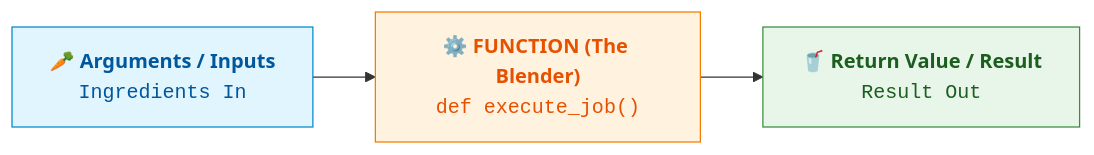
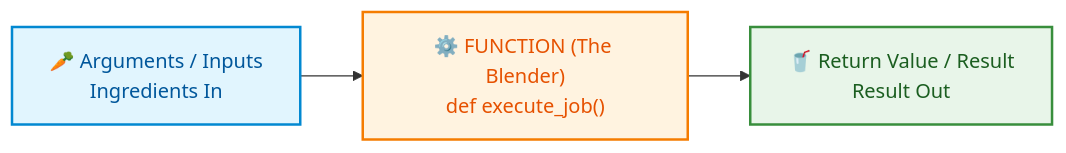
The first of 3 diagrams in notes/NotionExport/AI/AI-Learinig-Path/Phase 0 - Foundations/Phase 0.1 - Python/07 Functions.md (githubchecker/personal), drawn with Mermaid before and after one commit. The commit also changed 5 other files, not shown here.

Commit message:
fix: clean Mermaid HTML tags and finalize infographic headers with large font

````diff
--- a/notes/NotionExport/AI/AI-Learinig-Path/Phase 0 - Foundations/Phase 0.1 - Python/07 Functions.md
+++ b/notes/NotionExport/AI/AI-Learinig-Path/Phase 0 - Foundations/Phase 0.1 - Python/07 Functions.md
@@ -59,9 +59,9 @@
 ```mermaid
 flowchart LR
-    A["🥕 <b>Arguments / Inputs</b><br/><code>Ingredients In</code>"] --> B["⚙️ <b>FUNCTION (The Blender)</b><br/><code>def execute_job()</code>"]
-    B --> C["🥤 <b>Return Value / Result</b><br/><code>Result Out</code>"]
+    A["🥕 Arguments / Inputs<br/>Ingredients In"] --> B["⚙️ FUNCTION (The Blender)<br/>def execute_job()"]
+    B --> C["🥤 Return Value / Result<br/>Result Out"]
 
-    style A fill:#E1F5FE,stroke:#0288D1,color:#01579B
-    style B fill:#FFF3E0,stroke:#F57C00,color:#E65100
-    style C fill:#E8F5E9,stroke:#388E3C,color:#1B5E20
+    style A fill:#E1F5FE,stroke:#0288D1,stroke-width:2px,color:#01579B
+    style B fill:#FFF3E0,stroke:#F57C00,stroke-width:2px,color:#E65100
+    style C fill:#E8F5E9,stroke:#388E3C,stroke-width:2px,color:#1B5E20
 ```
````
